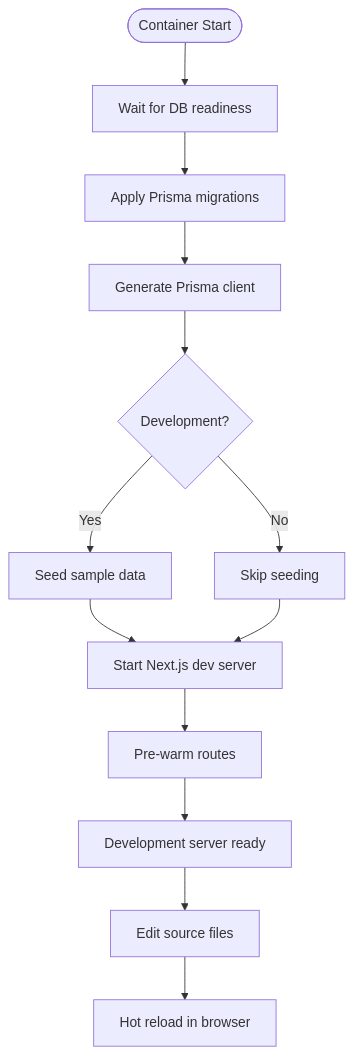
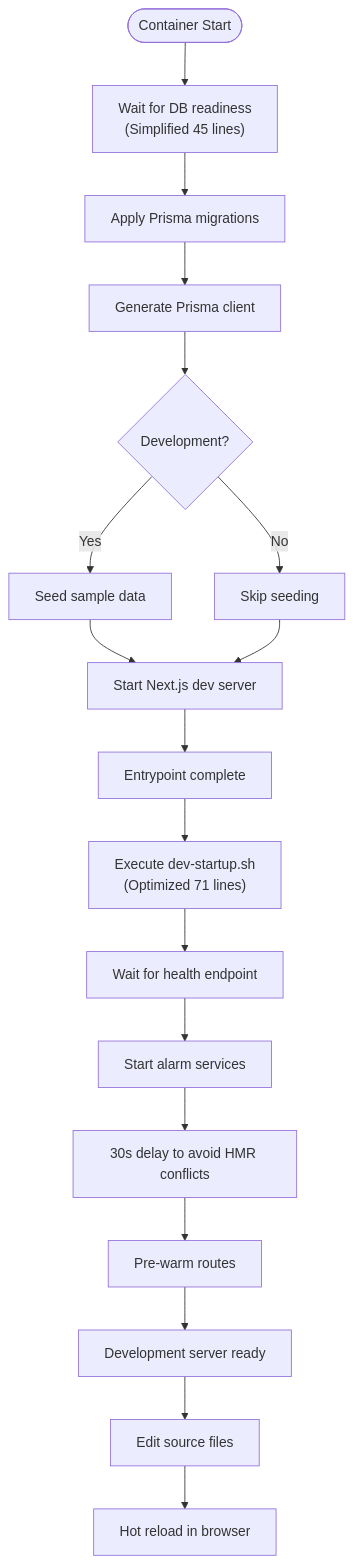
Before and after one commit to celebigilfatih/infrascope: the third of 5 diagrams in .qoder/repowiki/en/content/Development & Deployment/Development Setup.md, drawn with Mermaid. The commit also changed other lines of this file and 6 other files, not shown here.

````diff
--- a/.qoder/repowiki/en/content/Development & Deployment/Development Setup.md
+++ b/.qoder/repowiki/en/content/Development & Deployment/Development Setup.md
@@ -127,15 +155,20 @@
 ```mermaid
 flowchart TD
-Start(["Container Start"]) --> WaitDB["Wait for DB readiness"]
+Start(["Container Start"]) --> WaitDB["Wait for DB readiness<br/>(Simplified 45 lines)"]
 WaitDB --> Migrate["Apply Prisma migrations"]
 Migrate --> Generate["Generate Prisma client"]
 Generate --> Seed{"Development?"}
 Seed --> |Yes| SeedData["Seed sample data"]
 Seed --> |No| SkipSeed["Skip seeding"]
 SeedData --> StartWeb["Start Next.js dev server"]
 SkipSeed --> StartWeb
-StartWeb --> PreWarm["Pre-warm routes"]
+StartWeb --> EntrypointDone["Entrypoint complete"]
+EntrypointDone --> Startup["Execute dev-startup.sh<br/>(Optimized 71 lines)"]
+Startup --> WaitHealth["Wait for health endpoint"]
+WaitHealth --> StartAlarms["Start alarm services"]
+StartAlarms --> DelayedPrewarm["30s delay to avoid HMR conflicts"]
+DelayedPrewarm --> PreWarm["Pre-warm routes"]
 PreWarm --> DevReady["Development server ready"]
 DevReady --> Edit["Edit source files"]
 Edit --> HotReload["Hot reload in browser"]
 ```
````
